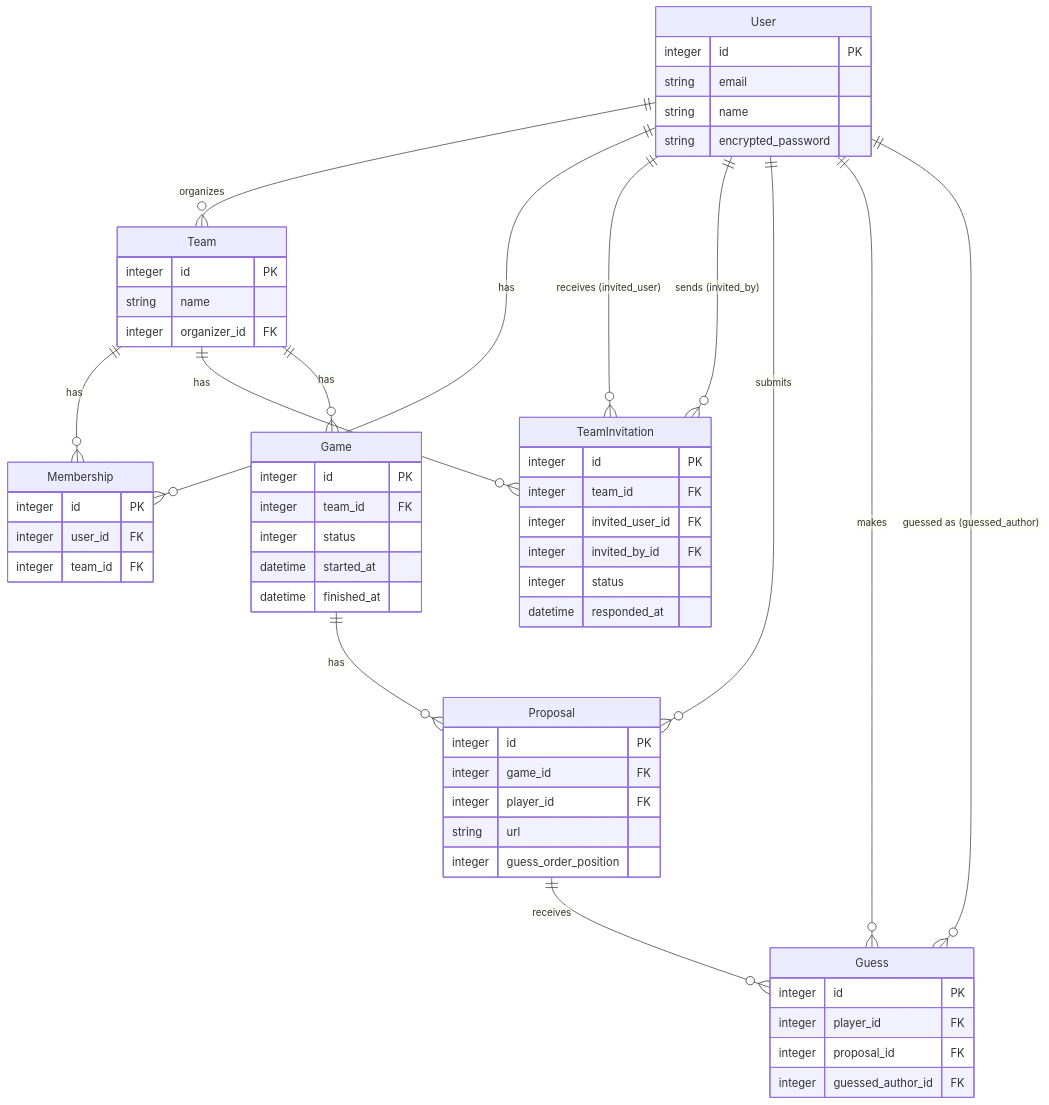
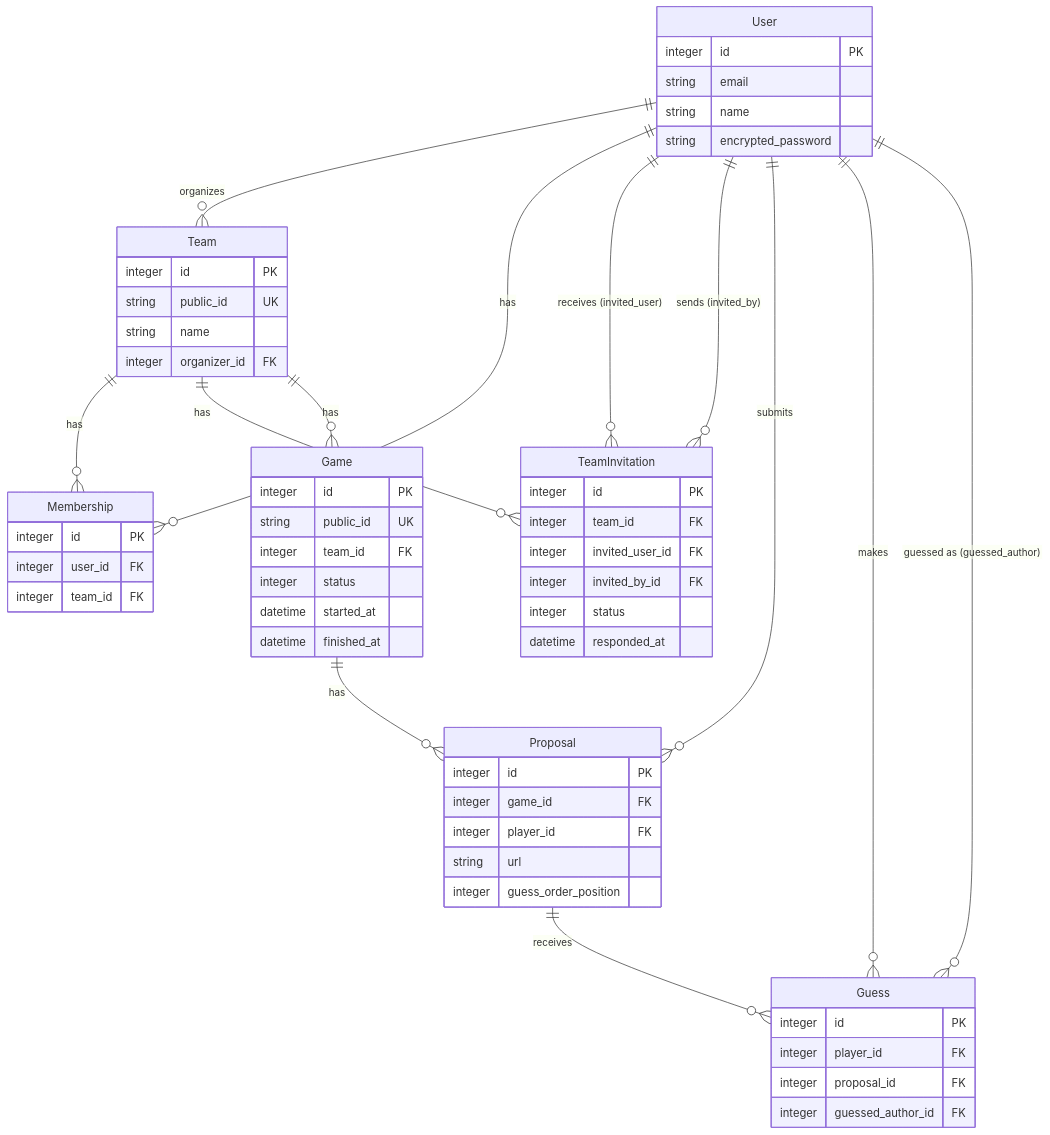
The diagram in README.md (saumon/hitguessr), drawn with Mermaid before and after one commit. The commit also changed other lines of this file and 36 other files, not shown here.

````diff
--- a/README.md
+++ b/README.md
@@ -160,66 +161,68 @@
 ```mermaid
 erDiagram
     User {
         integer id PK
         string  email
         string  name
         string  encrypted_password
     }
 
     Team {
         integer id           PK
+        string  public_id    UK
         string  name
         integer organizer_id FK
     }
 
     Membership {
         integer id      PK
         integer user_id FK
         integer team_id FK
     }
 
     TeamInvitation {
         integer  id              PK
         integer  team_id         FK
         integer  invited_user_id FK
         integer  invited_by_id   FK
         integer  status
         datetime responded_at
     }
 
     Game {
         integer  id          PK
+        string   public_id   UK
         integer  team_id     FK
         integer  status
         datetime started_at
         datetime finished_at
     }
 
     Proposal {
         integer id                   PK
         integer game_id              FK
         integer player_id            FK
         string  url
         integer guess_order_position
     }
 
     Guess {
         integer id               PK
         integer player_id        FK
         integer proposal_id      FK
         integer guessed_author_id FK
     }
 
     User       ||--o{ Team           : "organizes"
     User       ||--o{ Membership     : "has"
     Team       ||--o{ Membership     : "has"
     Team       ||--o{ TeamInvitation : "has"
     User       ||--o{ TeamInvitation : "receives (invited_user)"
     User       ||--o{ TeamInvitation : "sends (invited_by)"
     Team       ||--o{ Game           : "has"
     User       ||--o{ Proposal       : "submits"
     Game       ||--o{ Proposal       : "has"
     User       ||--o{ Guess          : "makes"
     Proposal   ||--o{ Guess          : "receives"
     User       ||--o{ Guess          : "guessed as (guessed_author)"
 ```
````
